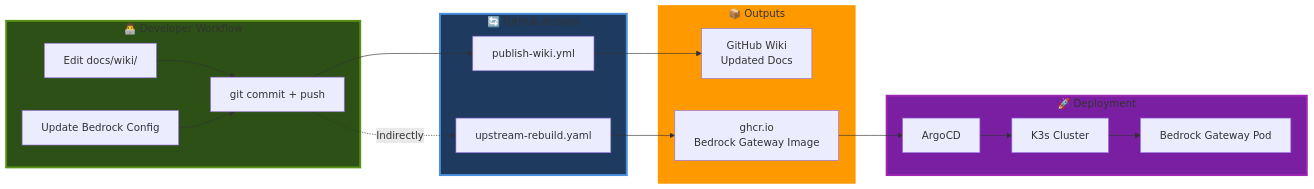
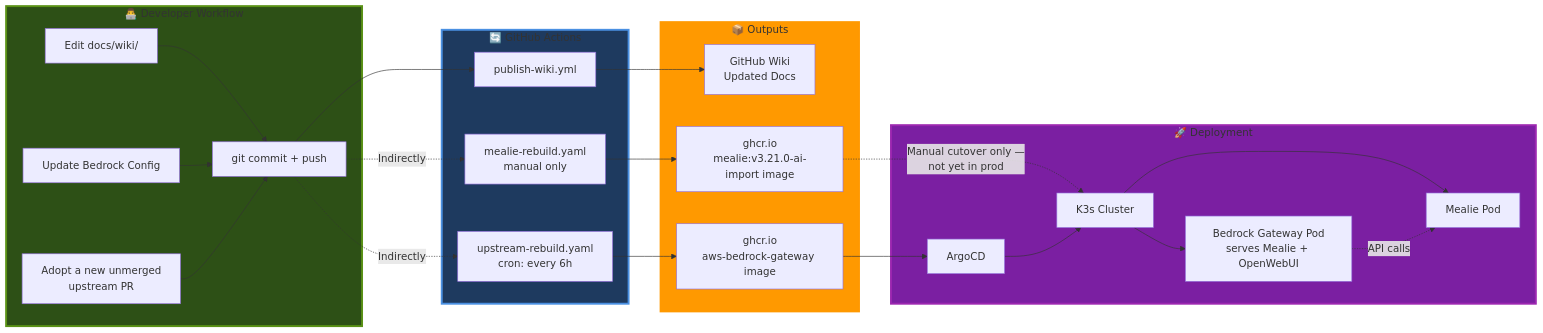
The fifth of 5 diagrams in docs/wiki/15-CI-CD-and-GitHub-Actions.md (seadogger-tech/seadogger-homelab), drawn with Mermaid before and after one commit. The commit also changed other lines of this file, not shown here.

````diff
--- a/docs/wiki/15-CI-CD-and-GitHub-Actions.md
+++ b/docs/wiki/15-CI-CD-and-GitHub-Actions.md
@@ -221,41 +338,51 @@
 ```mermaid
 graph LR
     subgraph Developer["👨‍💻 Developer Workflow"]
         EditWiki[Edit docs/wiki/]
         EditCode[Update Bedrock Config]
+        AdoptPR[Adopt a new unmerged<br/>upstream PR]
         Commit[git commit + push]
     end
 
     subgraph GitHub["🔄 GitHub Actions"]
         WikiAction[publish-wiki.yml]
-        BedrockAction[upstream-rebuild.yaml]
+        BedrockAction[upstream-rebuild.yaml<br/>cron: every 6h]
+        MealieAction[mealie-rebuild.yaml<br/>manual only]
     end
 
     subgraph Outputs["📦 Outputs"]
         WikiSite[GitHub Wiki<br/>Updated Docs]
-        GHCRImage[ghcr.io<br/>Bedrock Gateway Image]
+        GHCRBedrock[ghcr.io<br/>aws-bedrock-gateway image]
+        GHCRMealie[ghcr.io<br/>mealie:v3.21.0-ai-import image]
     end
 
     subgraph Deployment["🚀 Deployment"]
         ArgoCD[ArgoCD]
         K3sCluster[K3s Cluster]
-        BedrockPod[Bedrock Gateway Pod]
+        BedrockPod[Bedrock Gateway Pod<br/>serves Mealie + OpenWebUI]
+        MealiePod[Mealie Pod]
     end
 
     EditWiki --> Commit
     EditCode --> Commit
+    AdoptPR --> Commit
     Commit --> WikiAction
     Commit -.->|Indirectly| BedrockAction
+    Commit -.->|Indirectly| MealieAction
 
     WikiAction --> WikiSite
-    BedrockAction --> GHCRImage
+    BedrockAction --> GHCRBedrock
+    MealieAction --> GHCRMealie
 
-    GHCRImage --> ArgoCD
+    GHCRBedrock --> ArgoCD
+    GHCRMealie -.->|Manual cutover only —<br/>not yet in prod| K3sCluster
     ArgoCD --> K3sCluster
     K3sCluster --> BedrockPod
+    K3sCluster --> MealiePod
+    BedrockPod -.->|API calls| MealiePod
 
     style Developer fill:#2d5016,stroke:#5a9216,stroke-width:3px
     style GitHub fill:#1e3a5f,stroke:#4a90e2,stroke-width:3px
     style Outputs fill:#ff9900,stroke:#ff9900,stroke-width:3px
     style Deployment fill:#7b1fa2,stroke:#9c27b0,stroke-width:3px
 ```
````
